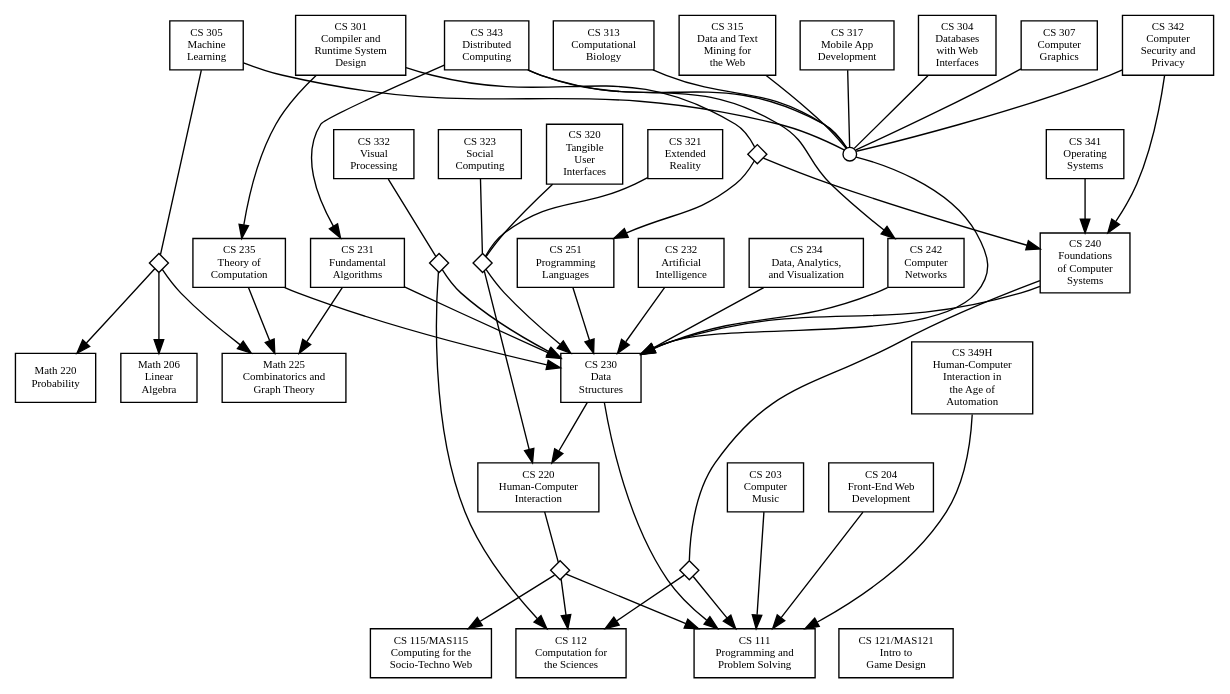
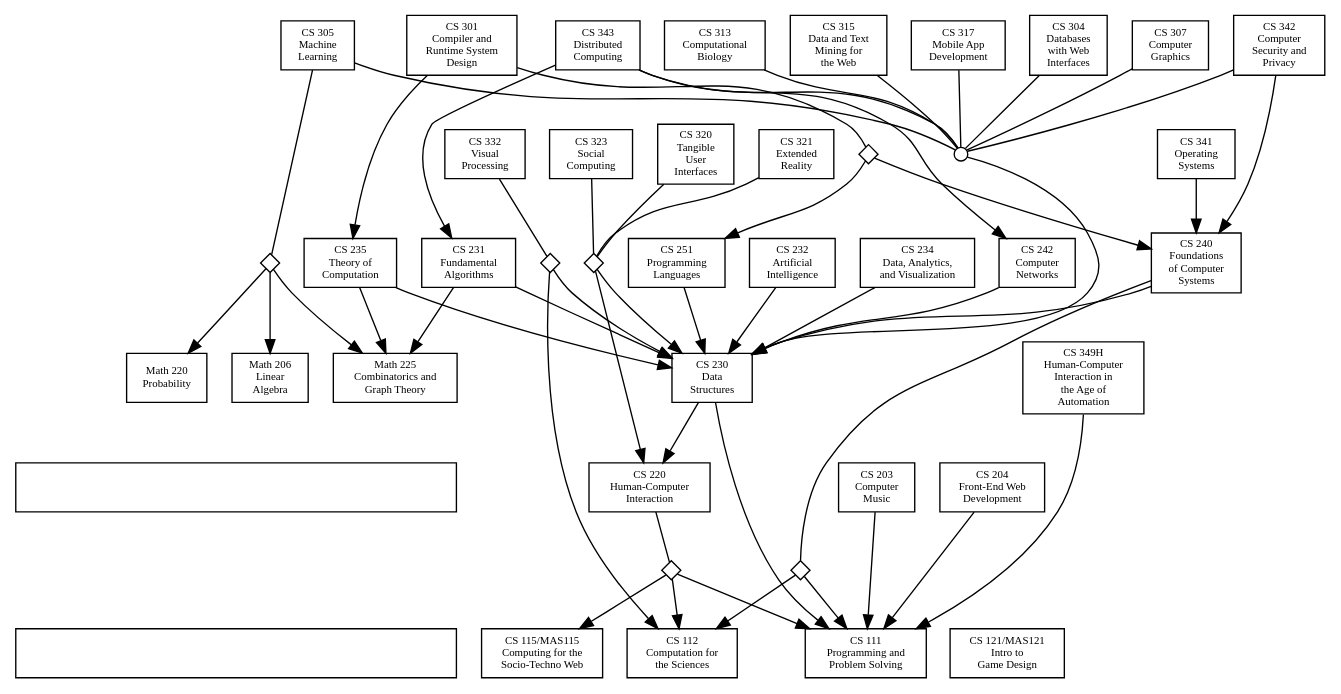
Before and after one commit to solsword/prereqs: the diagram in prereqs.dot, drawn with Graphviz. The commit also changed 2 other files, not shown here.

Commit message:
Added fake level-1 and level-2 nodes to the .dot diagram which are used to reserve space for a description div. Layout is now much more robust!
-Peter Mawhorter

```diff
--- a/prereqs.dot
+++ b/prereqs.dot
@@ -1,129 +1,134 @@
 digraph Course_Prerequisites {
   // Default properties for every node
   node [shape="rectangle", fontsize="8", style="filled", fillcolor="white"];
+
+  // Node for the descriptions to be placed into
+  desctop [label="", class="desc-top", width=4.5]
+  descbot [label="", class="desc-bot", width=4.5]
+  desctop -> descbot [style="invis"]
 
   // Nodes (classes plus grouping nodes)
   cs111 [label="CS 111\nProgramming and\nProblem Solving", class="core intro"]
   cs112 [label="CS 112\nComputation for\nthe Sciences", class="intro"]
   cs115 [label="CS 115/MAS115\nComputing for the\nSocio-Techno Web", class="intro"]
   cs121 [label="CS 121/MAS121\nIntro to\nGame Design", class="intro"]
 
   cs230 [label="CS 230\nData\nStructures", class="core"]
   cs230up [label="", shape="circle", width="0.14", height="0.14", class="group"]
   cs240 [label="CS 240\nFoundations\nof Computer\nSystems", class="core"]
   cs111or112 [label="", shape="diamond", width="0.2", height="0.2", class="opt"]
   cs231 [label="CS 231\nFundamental\nAlgorithms", class="core"]
   cs235 [label="CS 235\nTheory of\nComputation", class="core"]
   cs251 [label="CS 251\nProgramming\nLanguages", class="core"] 
   cs230 -> cs220 [class="invisible"]
 
   math225 [label="Math 225\nCombinatorics and\nGraph Theory", class="math required"]
   math206 [label="Math 206\nLinear\nAlgebra", class="math"]
   math220 [label="Math 220\nProbability", class="math"]
 
   cs203 [label="CS 203\nComputer\nMusic", class="elective spring"]
   cs204 [label="CS 204\nFront-End Web\nDevelopment", class="elective fall"]
   cs220 [label="CS 220\nHuman-Computer\nInteraction", class="elective"]
   cs111or112or115 [label="", shape="diamond", width="0.2", height="0.2", class="opt"]
   cs232 [label="CS 232\nArtificial\nIntelligence", class="elective spring"]
   cs234 [label="CS 234\nData, Analytics,\nand Visualization", class="elective fall"]
   cs242 [label="CS 242\nComputer\nNetworks", class="elective fall"]
 
   cs301 [label="CS 301\nCompiler and\nRuntime System\nDesign", class="elective spring"]
   cs240or251 [label="", shape="diamond", width="0.2", height="0.2", class="opt"]
   cs304 [label="CS 304\nDatabases\nwith Web\nInterfaces", class="elective"]
   cs305 [label="CS 305\nMachine\nLearning", class="elective notoffered"]
   math225or206or220 [label="", shape="diamond", width="0.2", height="0.2", class="opt"]
   cs307 [label="CS 307\nComputer\nGraphics", class="elective spring"]
   cs313 [label="CS 313\nComputational\nBiology", class="elective notoffered"]
   cs315 [label="CS 315\nData and Text\nMining for\nthe Web", class="elective fall"]
   cs317 [label="CS 317\nMobile App\nDevelopment", class="elective spring"]
   cs230or220 [label="", shape="diamond", width="0.2", height="0.2", class="opt"]
   cs320 [label="CS 320\nTangible\nUser\nInterfaces", class="elective fall"]
   cs321 [label="CS 321\nExtended\nReality", class="elective spring"]
   cs323 [label="CS 323\nSocial\nComputing", class="elective notoffered"]
 
   cs332 [label="CS 332\nVisual\nProcessing", class="elective fall"]
   cs112or230 [label="", shape="diamond", width="0.2", height="0.2", class="opt"]
   cs341 [label="CS 341\nOperating\nSystems", class="elective fall"]
   cs342 [label="CS 342\nComputer\nSecurity and\nPrivacy", class="elective fall"]
   cs343 [label="CS 343\nDistributed\nComputing", class="elective notoffered"]
   cs349H [label="CS 349H\nHuman-Computer\nInteraction in\nthe Age of\nAutomation", class="elective spring"]
 
   // Arrangement of the nodes into rank groups
-  {rank=same cs111 cs112 cs115 cs121}
+  {rank=same cs111 cs112 cs115 cs121 descbot}
 
-  {rank=same cs203 cs204 cs220}
+  {rank=same cs203 cs204 cs220 desctop}
 
   {rank=same
     cs230
     math206 math220 math225
     cs349H
   }
 
   {rank=same
     cs240
     cs231 cs235 cs251
     cs232 cs234 cs242
   }
 
   {rank=same
     cs301
     cs317
 
     cs304 cs305 cs307
     cs313 cs315
     cs342 cs343
   }
 
   {rank=same
     cs320 cs321 cs323
     cs332
     cs341
   }
 
   // Edges (course prerequisites)
   // In some ca
   cs203 -> cs111
   cs204 -> cs111
   cs220 -> cs111or112or115 [arrowhead="none", class="options"]
   cs111or112or115 -> { cs111, cs112, cs115 } [class="option"]
 
   cs230 -> cs111
   cs230up -> cs230
   cs240 -> cs230
   cs240 -> cs111or112 [arrowhead="none", class="options"]
   cs111or112 -> { cs111, cs112 } [class="option"]
   cs231 -> { cs230, math225 }
   cs235 -> { cs230, math225 }
   cs251 -> cs230
 
   cs232 -> cs230
   cs234 -> cs230
   cs242 -> cs230
 
   cs301 -> cs240or251 [arrowhead="none", class="options"]
   cs240or251 -> { cs240, cs251 } [class="option"]
   cs301 -> cs235 [class="recommended"]
   cs304 -> cs230up [arrowhead="none", class="grouping"]
   cs305 -> cs230up [arrowhead="none", class="grouping"]
   cs305 -> math225or206or220 [arrowhead="none", class="options"]
   math225or206or220 -> { math225, math206, math220 } [class="option"]
   cs307 -> cs230up [arrowhead="none", class="grouping"]
   cs317 -> cs230up [arrowhead="none", class="grouping"]
 
   cs313 -> cs230up [arrowhead="none", class="grouping"]
   cs315 -> cs230up [arrowhead="none", class="grouping"]
   cs320 -> cs230or220 [arrowhead="none", class="options"]
   cs230or220 -> { cs220, cs230 } [class="option"]
   cs321 -> cs230or220 [arrowhead="none", class="options"]
   cs323 -> cs230or220 [arrowhead="none", class="options"]
   cs332 -> cs112or230 [arrowhead="none", class="options"]
   cs112or230 -> { cs112, cs230 } [class="option"]
   cs341 -> cs240
   cs342 -> cs230up [arrowhead="none", class="grouping"]
   cs342 -> cs240
   cs343 -> cs230up [arrowhead="none", class="grouping"]
   cs343 -> { cs231, cs242 } [class="recommended"]
   cs349H -> cs111 // Much more complicated than this!
 }
```
